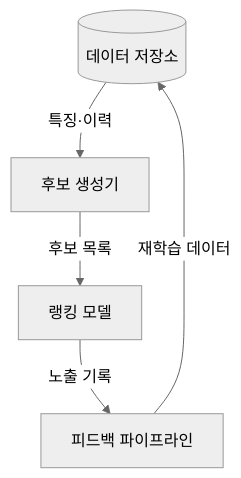
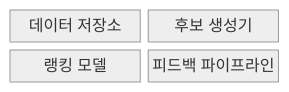
Before and after one commit to agnusdei1207/knowledge-base: the first of 2 diagrams in src/content/docs/notes/01-basic-theory/054_recommendation_system.md, drawn with Mermaid (neutral theme). The commit also changed other lines of this file and 20 other files, not shown here.

````diff
--- a/src/content/docs/notes/01-basic-theory/054_recommendation_system.md
+++ b/src/content/docs/notes/01-basic-theory/054_recommendation_system.md
@@ -67,11 +65,8 @@
 ```mermaid
-flowchart TB
-    D[(데이터 저장소)]
-    C[후보 생성기]
-    R[랭킹 모델]
-    P[피드백 파이프라인]
-    D -->|특징·이력| C
-    C -->|후보 목록| R
-    R -->|노출 기록| P
-    P -->|재학습 데이터| D
+block
+    columns 2
+    D["데이터 저장소"]
+    C["후보 생성기"]
+    R["랭킹 모델"]
+    P["피드백 파이프라인"]
 ```
````
